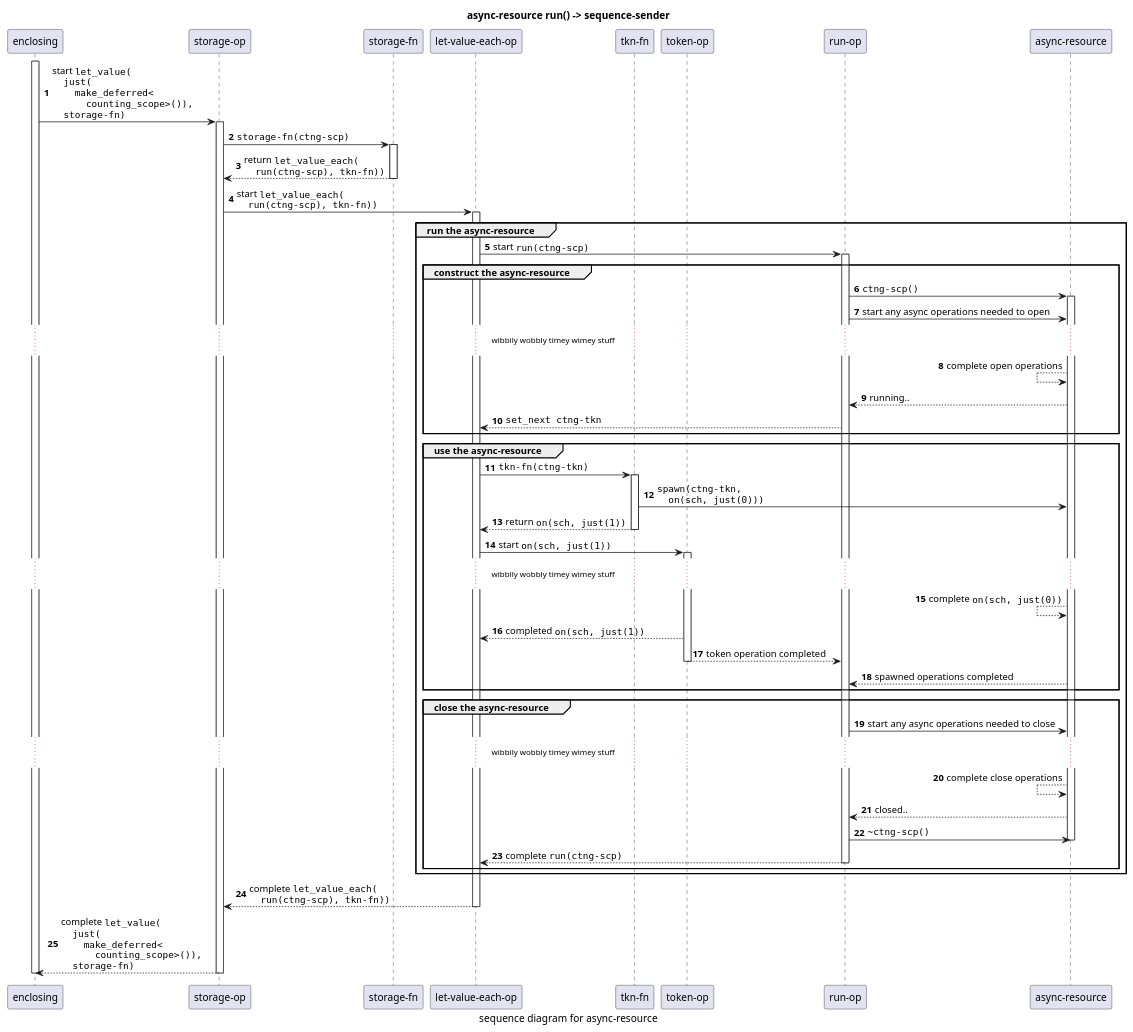
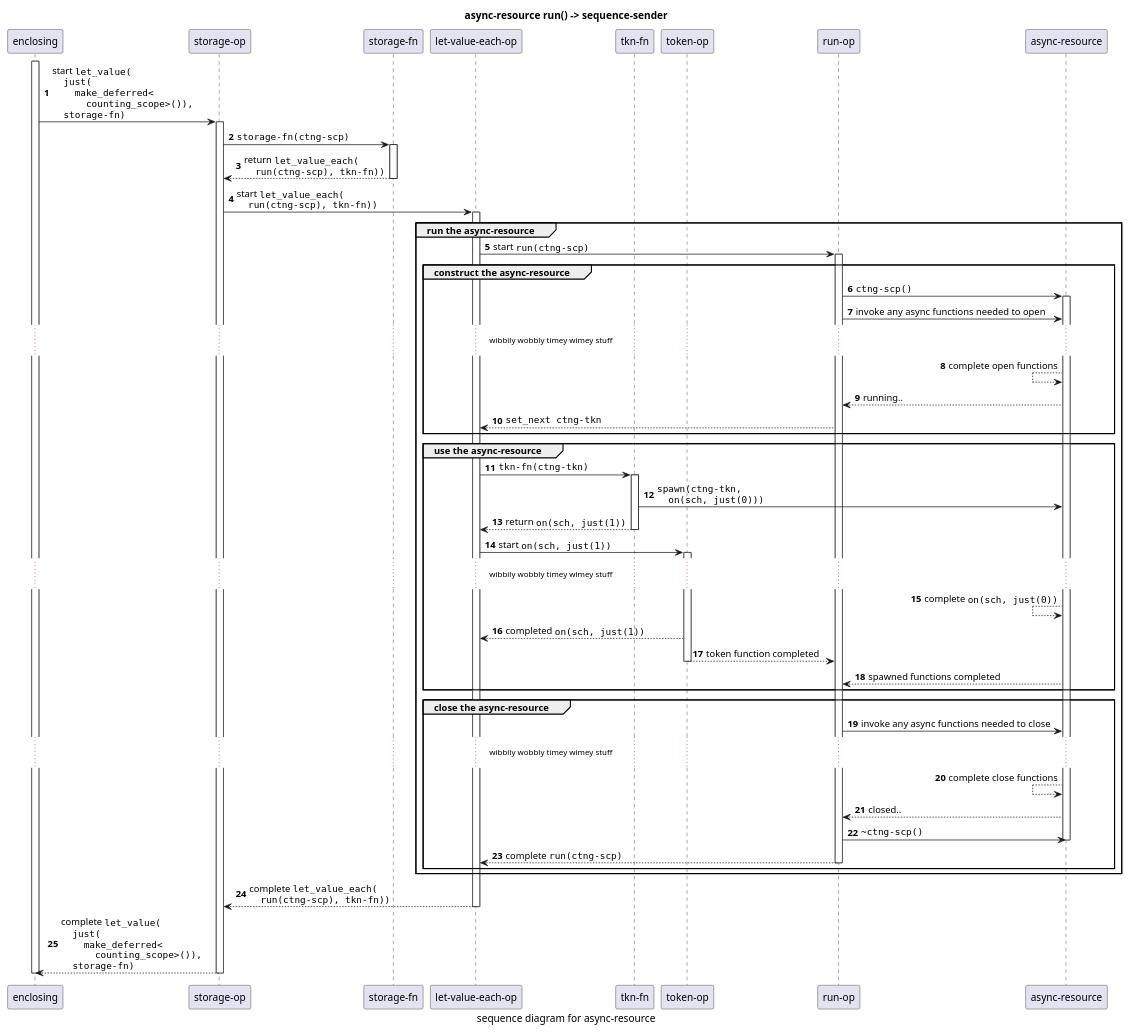
One commit to kirkshoop/async_scope changed the fourth of 6 diagrams in async-resource.md. Above: the diagram before and after it, drawn with PlantUML. The commit also changed other lines of this file, not shown here.

````diff
--- a/async-resource.md
+++ b/async-resource.md
@@ -772,52 +914,52 @@
 ```plantuml
 title "async-resource run() -> sequence-sender"
 caption "sequence diagram for async-resource"
 autonumber
 participant "enclosing" as enc
 participant "storage-op" as strg
 participant "storage-fn" as sfn
 participant "let-value-each-op" as all
 participant "tkn-fn" as tfn
 participant "token-op" as tkn
 participant "run-op" as run
 participant "async-resource" as ar
 activate enc
 enc -> strg ++ : start ""let_value(""\n""  just(""\n""    make_deferred<""\n""      counting_scope>()), ""\n""  storage-fn)""
 strg -> sfn ++ : ""storage-fn(ctng-scp)""
 sfn --> strg -- : return ""let_value_each(""\n""  run(ctng-scp), tkn-fn))""
 strg -> all ++ : start ""let_value_each(""\n""  run(ctng-scp), tkn-fn))""
 group run the async-resource
 all -> run ++ : start ""run(ctng-scp)""
 group construct the async-resource
 run -> ar ++ : ""ctng-scp()""
-run -> ar : start any async operations needed to open
+run -> ar : invoke any async functions needed to open
 ... wibbily wobbly timey wimey stuff ...
-ar <-- ar : complete open operations
+ar <-- ar : complete open functions
 ar --> run : running..
 run --> all : ""set_next ctng-tkn""
 end
 group use the async-resource
 all -> tfn ++ : ""tkn-fn(ctng-tkn)""
 tfn -> ar : ""spawn(ctng-tkn, ""\n""  on(sch, just(0)))""
 tfn --> all -- : return ""on(sch, just(1))""
 all -> tkn ++ : start ""on(sch, just(1))""
 ... wibbily wobbly timey wimey stuff ...
 ar <-- ar : complete ""on(sch, just(0))""
 tkn --> all : completed ""on(sch, just(1))""
-tkn --> run -- : token operation completed
-ar --> run : spawned operations completed 
+tkn --> run -- : token function completed
+ar --> run : spawned functions completed 
 end
 group close the async-resource
-run -> ar : start any async operations needed to close
+run -> ar : invoke any async functions needed to close
 ... wibbily wobbly timey wimey stuff ...
-ar <-- ar : complete close operations
+ar <-- ar : complete close functions
 ar --> run : closed..
 run -> ar : ""~ctng-scp()""
 deactivate ar
 run --> all -- : complete ""run(ctng-scp)""
 end
 end
 all --> strg -- : complete ""let_value_each(""\n""  run(ctng-scp), tkn-fn))""
 strg --> enc -- : complete ""let_value(""\n""  just(""\n""    make_deferred<""\n""      counting_scope>()), ""\n""  storage-fn)""
 deactivate enc
 ```
````
